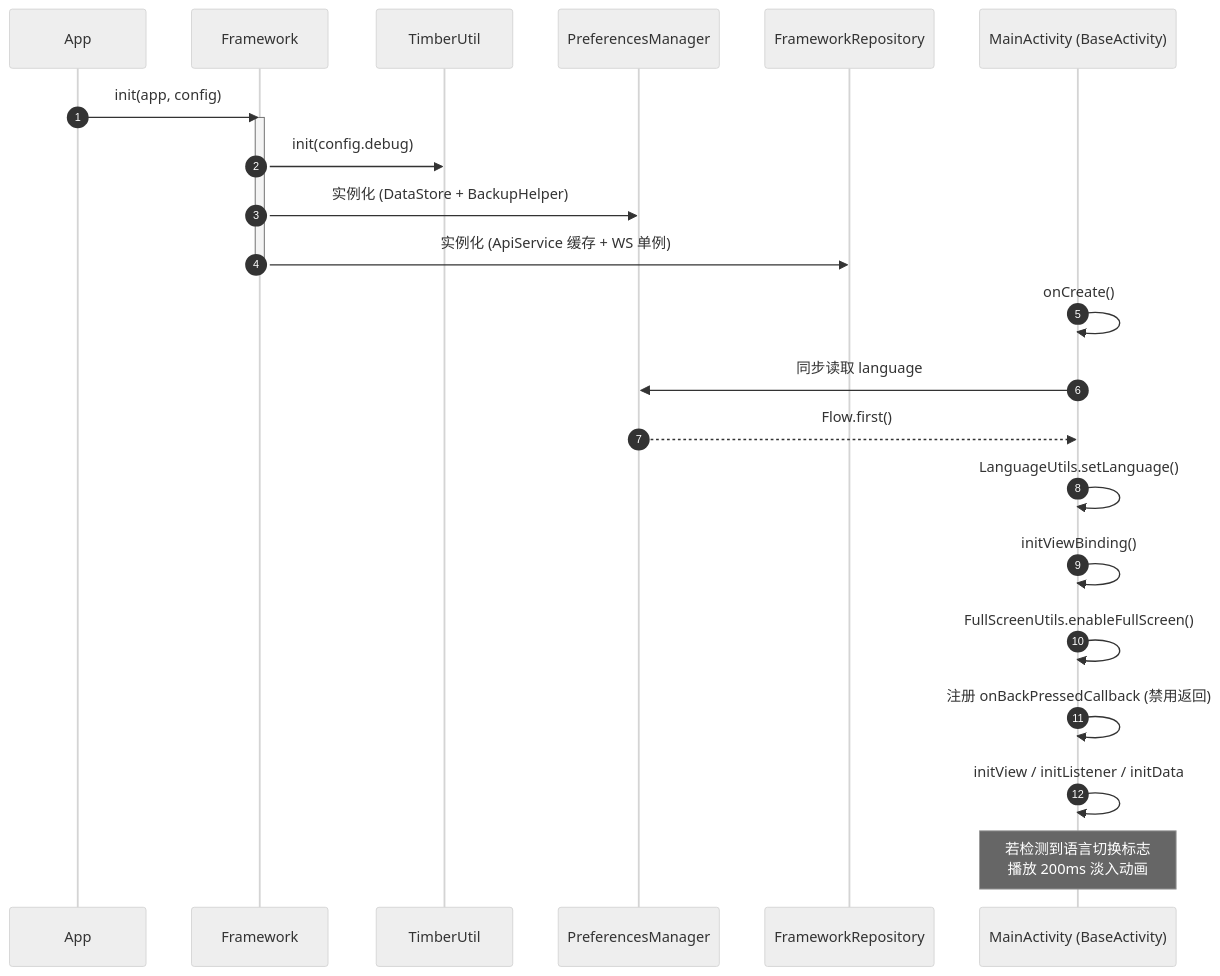
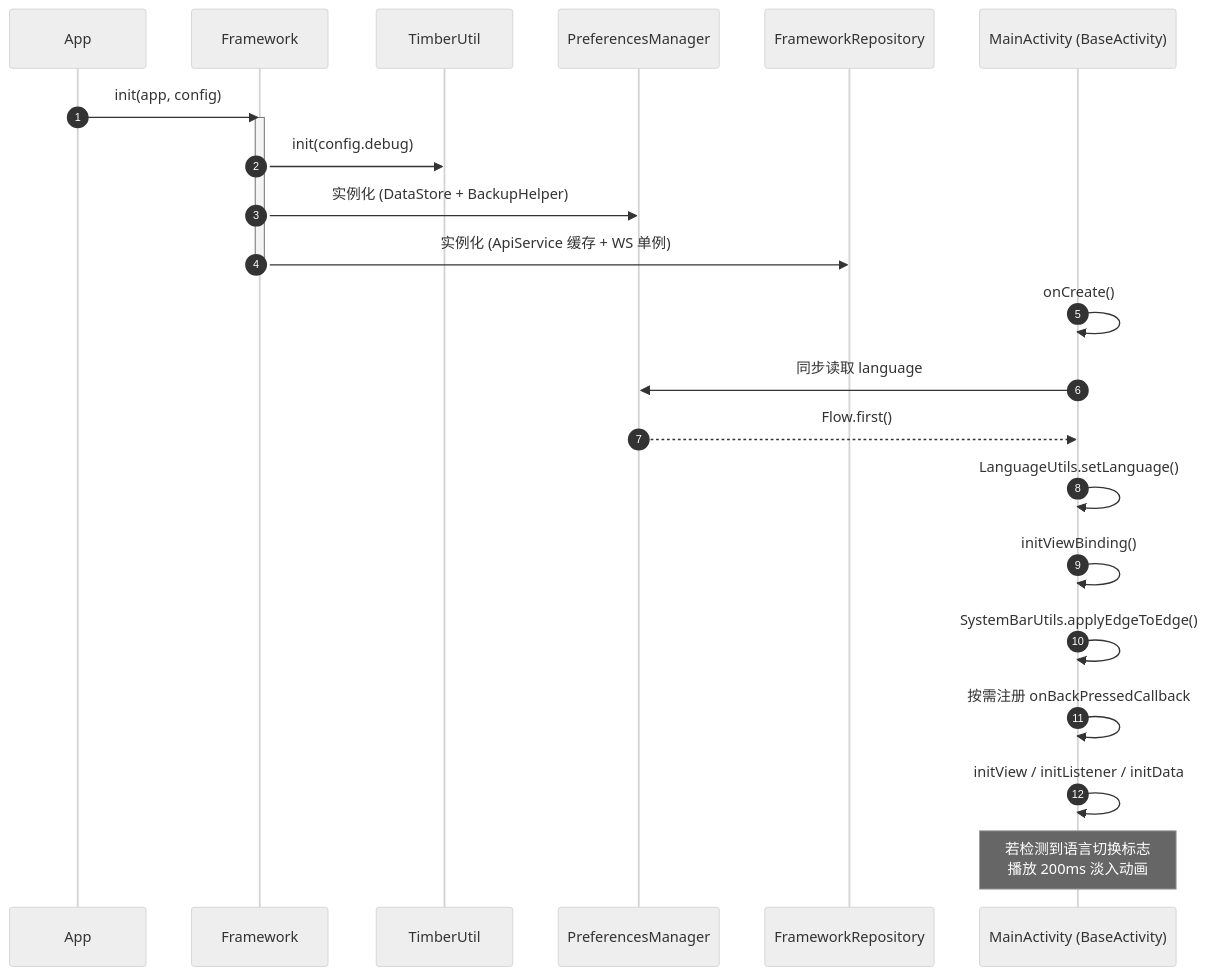
One commit to SiXuManYan/AndroidFrameworkTemplate changed the second of 4 diagrams in docs/ARCHITECTURE.md. Above: the diagram before and after it, drawn with Mermaid (neutral theme). The commit also changed other lines of this file and 11 other files, not shown here.

````diff
--- a/docs/ARCHITECTURE.md
+++ b/docs/ARCHITECTURE.md
@@ -115,27 +116,27 @@
 ```mermaid
 sequenceDiagram
     autonumber
     participant App
     participant FW as Framework
     participant TB as TimberUtil
     participant PM as PreferencesManager
     participant FR as FrameworkRepository
     participant AC as MainActivity (BaseActivity)
 
     App->>FW: init(app, config)
     activate FW
     FW->>TB: init(config.debug)
     FW->>PM: 实例化 (DataStore + BackupHelper)
     FW->>FR: 实例化 (ApiService 缓存 + WS 单例)
     deactivate FW
 
     AC->>AC: onCreate()
     AC->>PM: 同步读取 language
     PM-->>AC: Flow.first()
     AC->>AC: LanguageUtils.setLanguage()
     AC->>AC: initViewBinding()
-    AC->>AC: FullScreenUtils.enableFullScreen()
-    AC->>AC: 注册 onBackPressedCallback (禁用返回)
+    AC->>AC: SystemBarUtils.applyEdgeToEdge()
+    AC->>AC: 按需注册 onBackPressedCallback
     AC->>AC: initView / initListener / initData
     Note over AC: 若检测到语言切换标志<br/>播放 200ms 淡入动画
 ```
````
